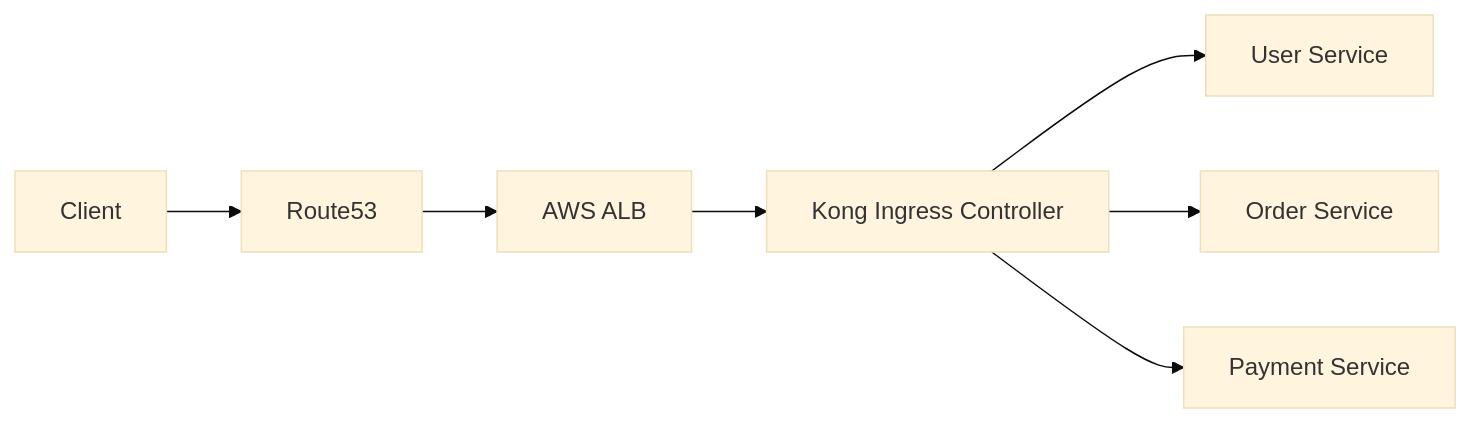
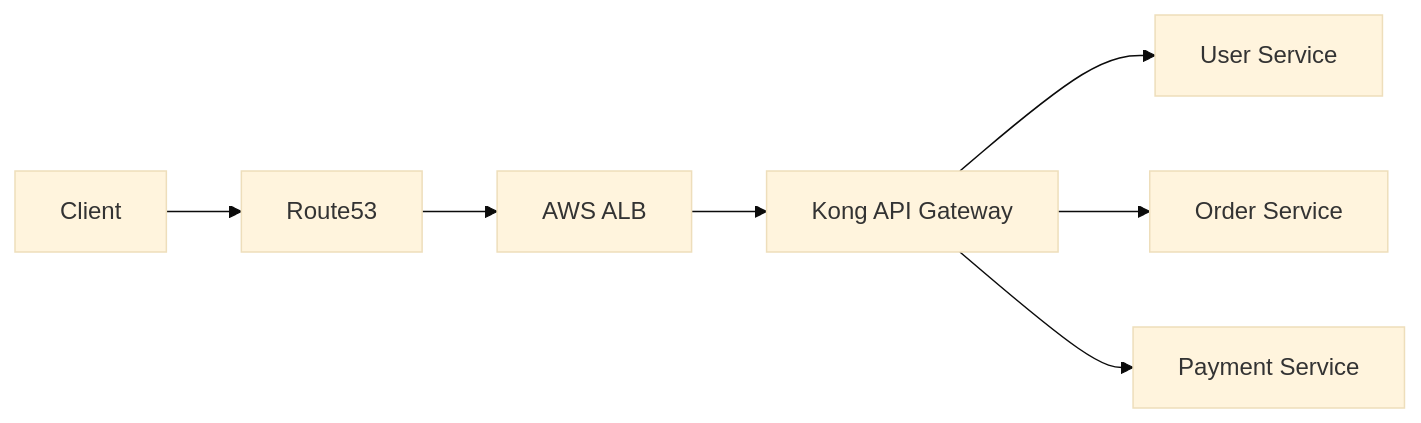
One commit to SyedRehan-cloud/COE-Tasks changed the second of 2 diagrams in KONG-Poc-ReadME.md. Above: the diagram before and after it, drawn with Mermaid (base theme). The commit also changed other lines of this file, not shown here.

````diff
--- a/KONG-Poc-ReadME.md
+++ b/KONG-Poc-ReadME.md
@@ -451,12 +570,15 @@
 ```mermaid
 flowchart LR
-    User["Client"] --> DNS["Route53"]
 
-    DNS --> ALB["AWS ALB"]
+User["Client"]
 
-    ALB --> Kong["Kong Ingress Controller"]
+User --> DNS["Route53"]
 
-    Kong --> UserSvc["User Service"]
-    Kong --> OrderSvc["Order Service"]
-    Kong --> PaymentSvc["Payment Service"]
+DNS --> ALB["AWS ALB"]
+
+ALB --> Kong["Kong API Gateway"]
+
+Kong --> UserSvc["User Service"]
+Kong --> OrderSvc["Order Service"]
+Kong --> PaymentSvc["Payment Service"]
 ```
````
